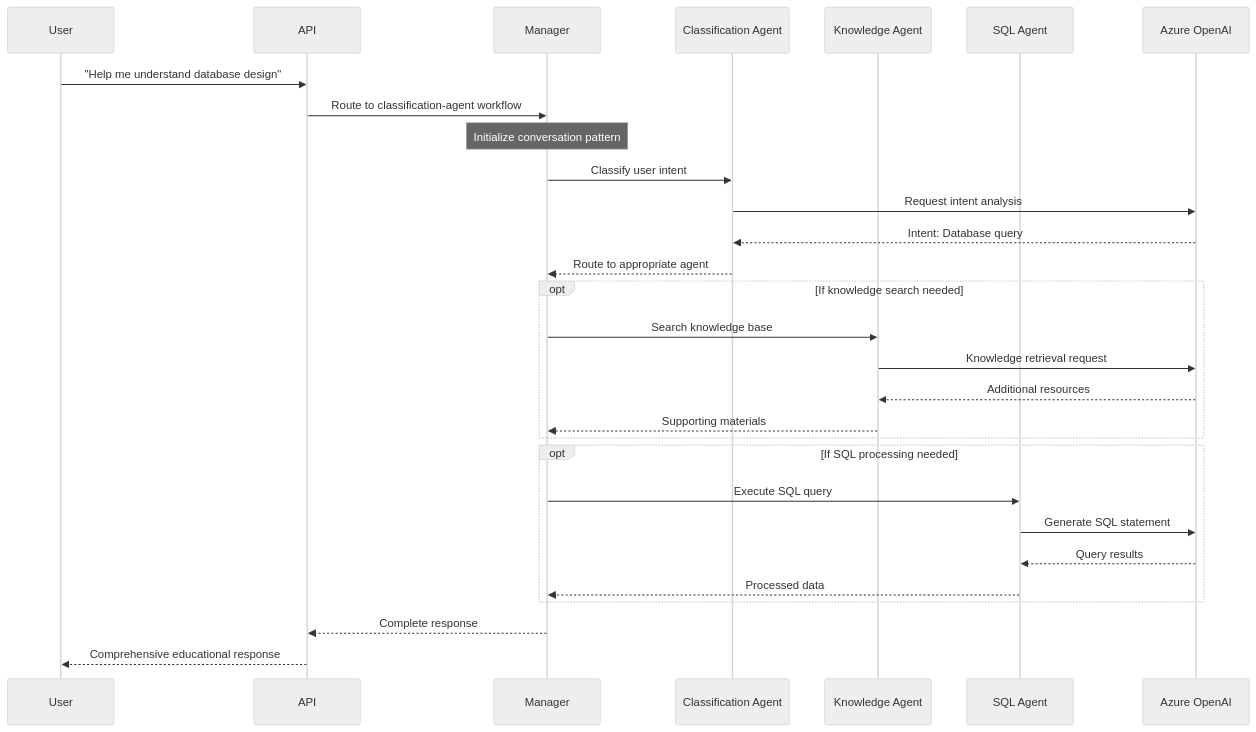
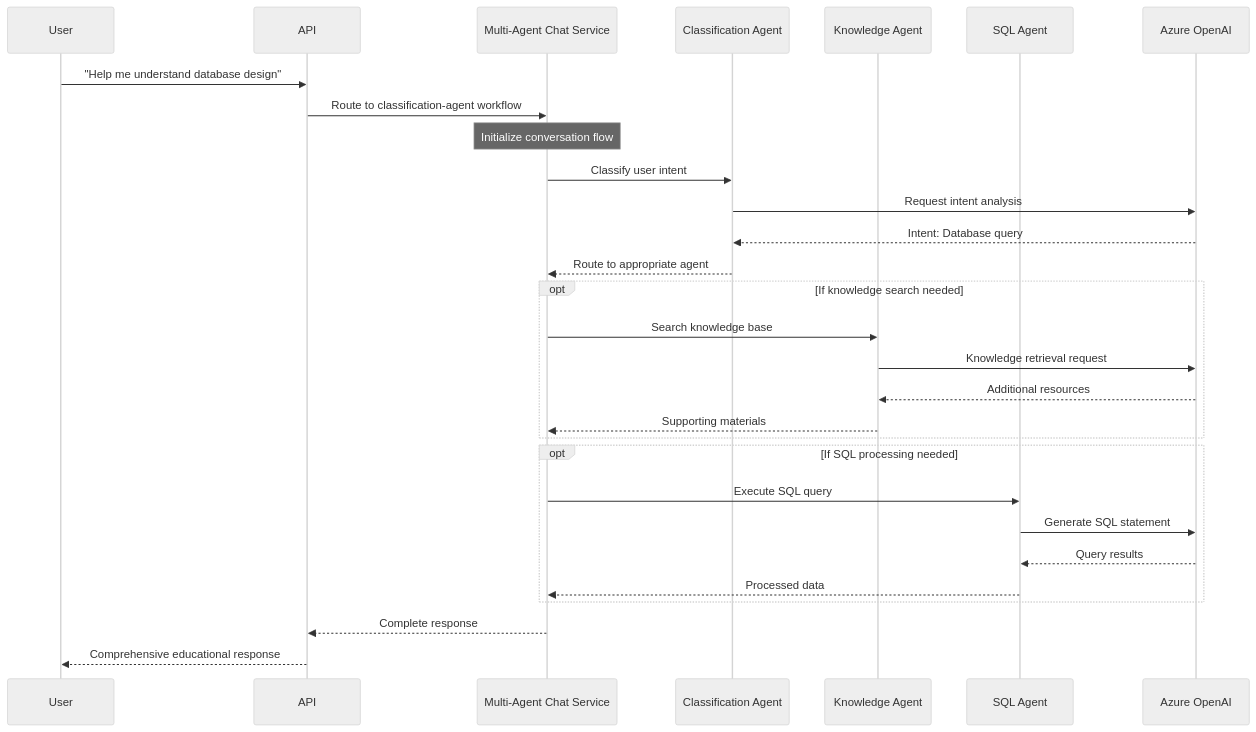
The seventh of 13 diagrams in docs/architecture/README.md (the-ingenious-dark-knight/Insight_Ingenious), drawn with Mermaid (neutral theme) before and after one commit. The commit also changed other lines of this file and 17 other files, not shown here.

````diff
--- a/docs/architecture/README.md
+++ b/docs/architecture/README.md
@@ -361,36 +361,36 @@
 ```mermaid
 sequenceDiagram
     participant User
     participant API
-    participant Manager
-    participant Agent1 as  Classification Agent
-    participant Agent2 as  Knowledge Agent
-    participant Agent3 as  SQL Agent
-    participant LLM as  Azure OpenAI
+    participant ChatService as Multi-Agent Chat Service
+    participant Agent1 as Classification Agent
+    participant Agent2 as Knowledge Agent
+    participant Agent3 as SQL Agent
+    participant LLM as Azure OpenAI
 
     User->>API: "Help me understand database design"
-    API->>Manager: Route to classification-agent workflow
+    API->>ChatService: Route to classification-agent workflow
 
-    Note over Manager: Initialize conversation pattern
-    Manager->>Agent1: Classify user intent
+    Note over ChatService: Initialize conversation flow
+    ChatService->>Agent1: Classify user intent
     Agent1->>LLM: Request intent analysis
     LLM-->>Agent1: Intent: Database query
-    Agent1-->>Manager: Route to appropriate agent
+    Agent1-->>ChatService: Route to appropriate agent
 
     opt If knowledge search needed
-        Manager->>Agent2: Search knowledge base
+        ChatService->>Agent2: Search knowledge base
         Agent2->>LLM: Knowledge retrieval request
         LLM-->>Agent2: Additional resources
-        Agent2-->>Manager: Supporting materials
+        Agent2-->>ChatService: Supporting materials
     end
 
     opt If SQL processing needed
-        Manager->>Agent3: Execute SQL query
+        ChatService->>Agent3: Execute SQL query
         Agent3->>LLM: Generate SQL statement
         LLM-->>Agent3: Query results
-        Agent3-->>Manager: Processed data
+        Agent3-->>ChatService: Processed data
     end
 
-    Manager-->>API: Complete response
+    ChatService-->>API: Complete response
     API-->>User: Comprehensive educational response
 ```
````
